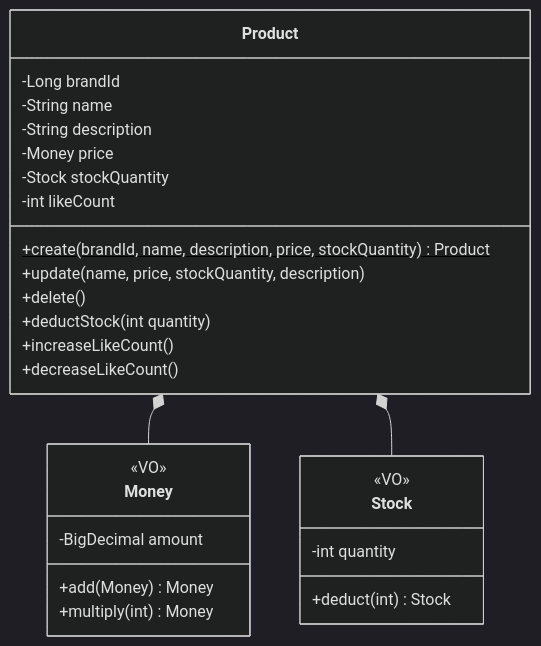
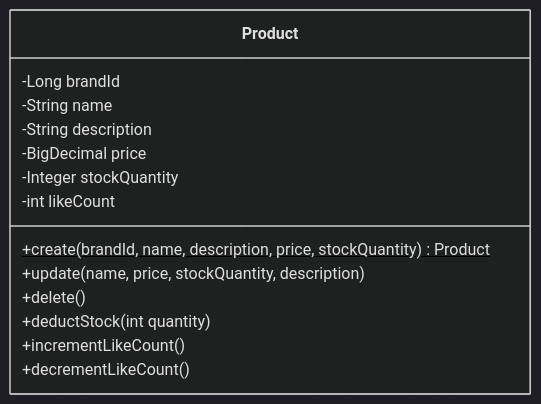
Before and after one commit to Loopers-dev-lab/loop-pack-be-l2-vol3-java: the diagram in docs/design/product/class-diagram.md, drawn with Mermaid (dark theme). The commit also changed other lines of this file and 1 other file, not shown here.

Commit message:
docs: Product·Order 클래스다이어그램 VO 제거 및 원시 타입 단순

````diff
--- a/docs/design/product/class-diagram.md
+++ b/docs/design/product/class-diagram.md
@@ -8,33 +8,17 @@
 ```mermaid
 classDiagram
     class Product {
         -Long brandId
         -String name
         -String description
-        -Money price
-        -Stock stockQuantity
+        -BigDecimal price
+        -Integer stockQuantity
         -int likeCount
         +create(brandId, name, description, price, stockQuantity)$ Product
         +update(name, price, stockQuantity, description)
         +delete()
         +deductStock(int quantity)
-        +increaseLikeCount()
-        +decreaseLikeCount()
+        +incrementLikeCount()
+        +decrementLikeCount()
     }
-
-    class Money {
-        <<VO>>
-        -BigDecimal amount
-        +add(Money) Money
-        +multiply(int) Money
-    }
-
-    class Stock {
-        <<VO>>
-        -int quantity
-        +deduct(int) Stock
-    }
-
-    Product *-- Money
-    Product *-- Stock
 ```
````
